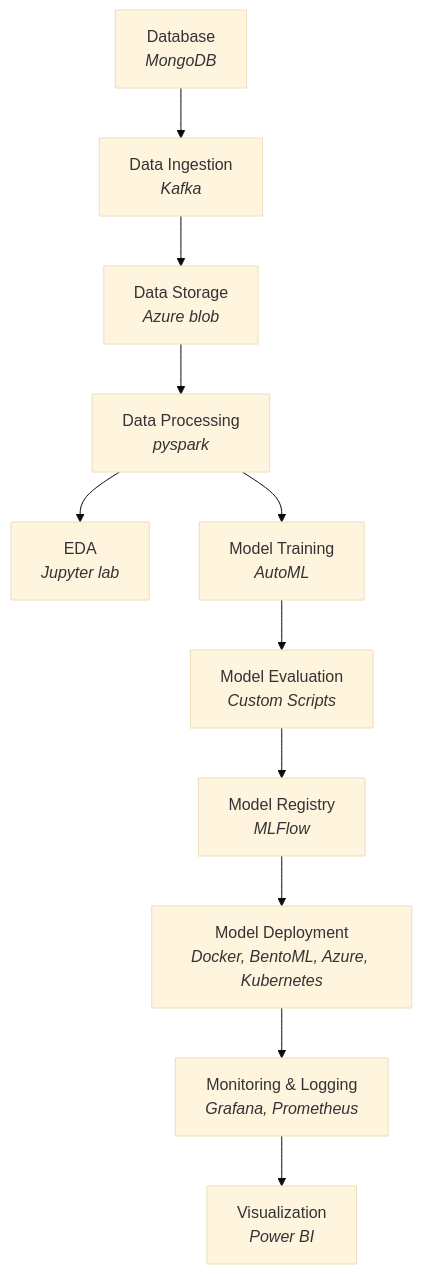
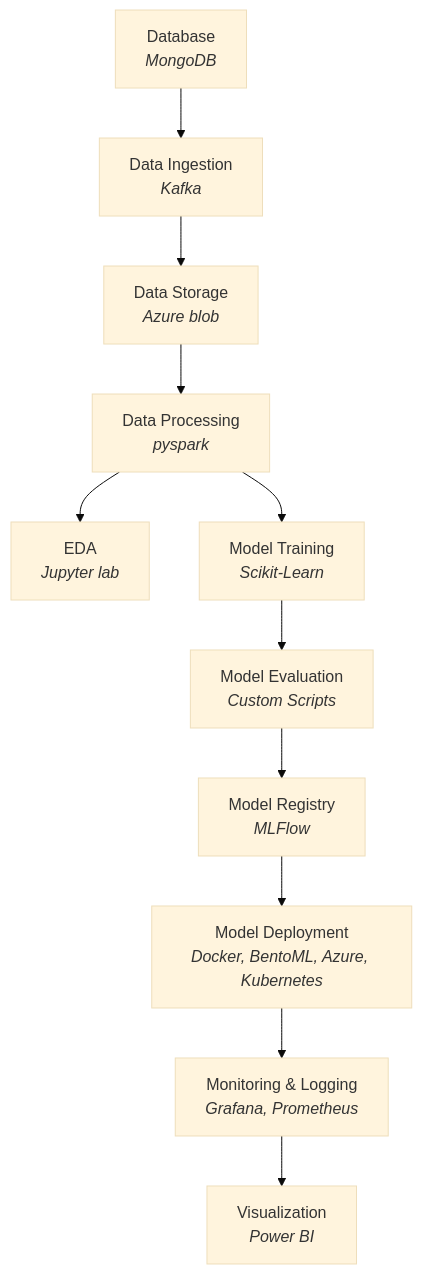
One commit to lintosunny/Credit-Card-Fraud-Detection-Using-Machine-Learning changed the diagram in README.md. Above: the diagram before and after it, drawn with Mermaid (base theme).

````diff
--- a/README.md
+++ b/README.md
@@ -17,24 +17,24 @@
 ```mermaid
 flowchart TD
     A["`Database
     _MongoDB_`"] --> B["`Data Ingestion
     _Kafka_`"]
     B --> C["`Data Storage
     _Azure blob_`"]
     C --> D["`Data Processing
     _pyspark_`"]
     D --> E["`EDA
     _Jupyter lab_`"]
     D --> F["`Model Training
-    _AutoML_`"]
+    _Scikit-Learn_`"]
     F --> G["`Model Evaluation
     _Custom Scripts_`"]
     G --> H["`Model Registry
     _MLFlow_`"]
     H --> I["`Model Deployment
     _Docker, BentoML, Azure, Kubernetes_`"]
     I --> J["`Monitoring & Logging
     _Grafana, Prometheus_`"]
     J --> K["`Visualization
     _Power BI_`"]
 ```
````
